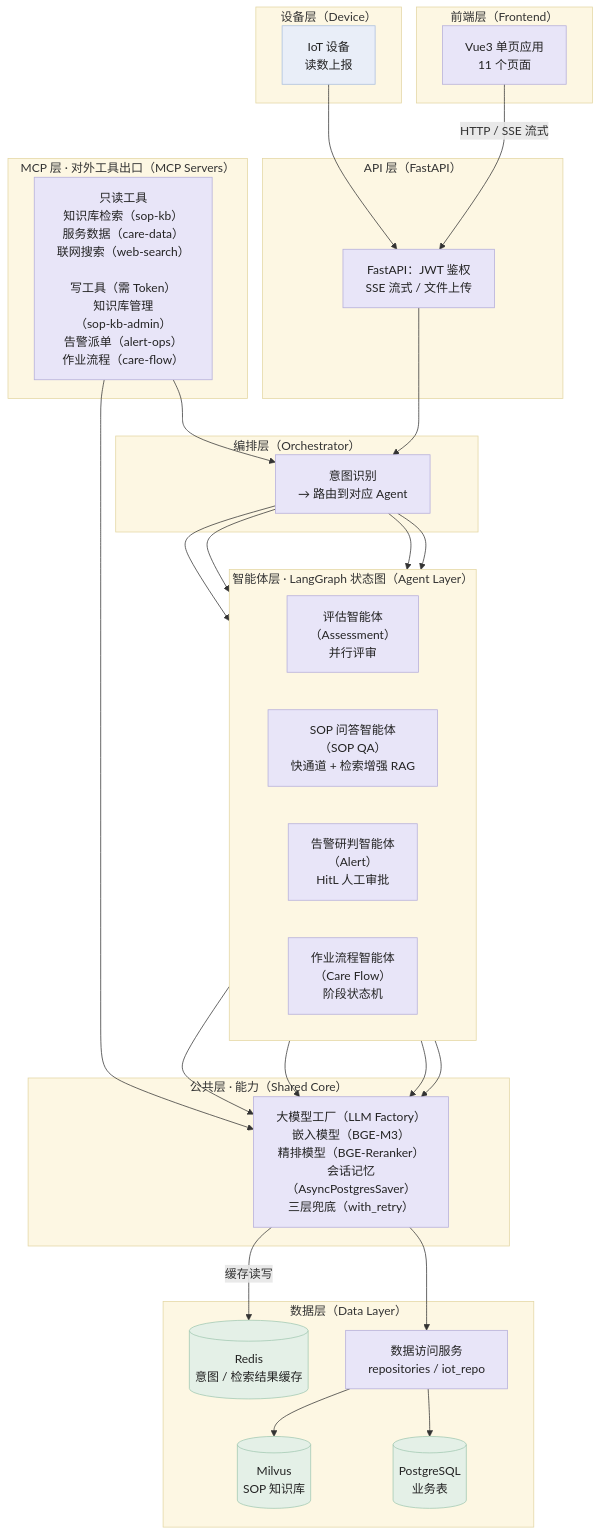
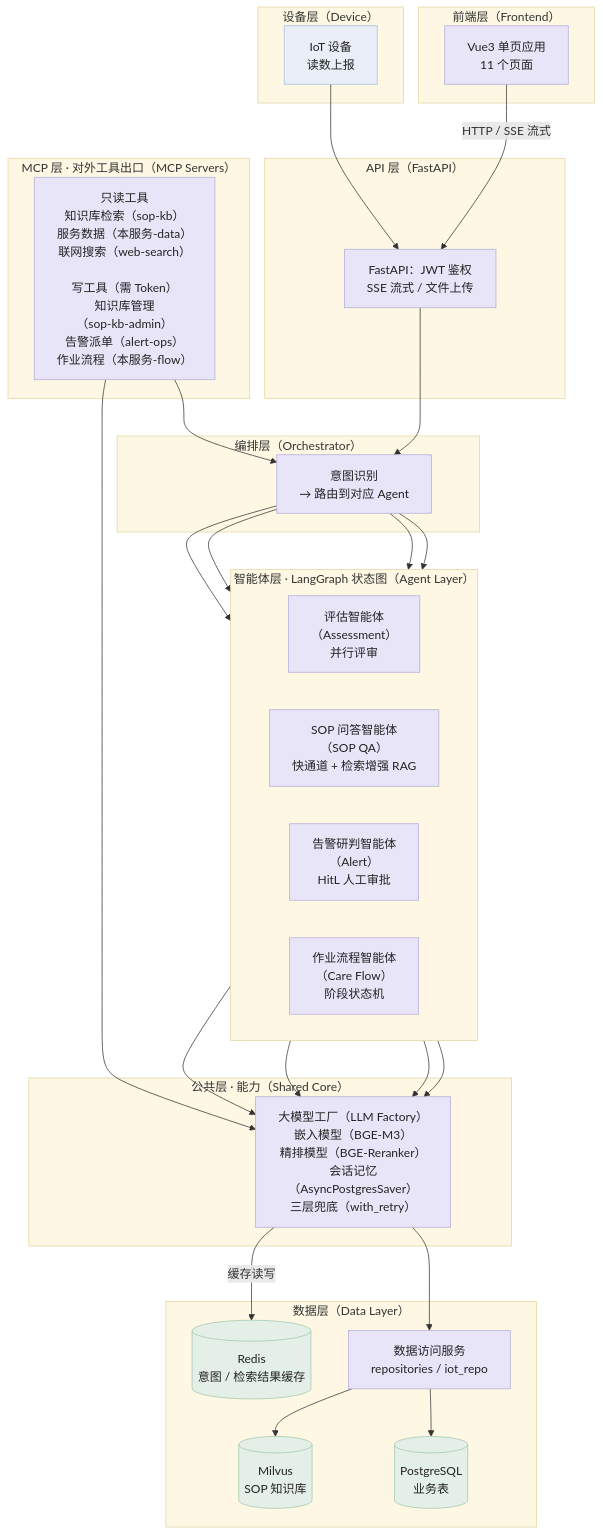
The first of 13 diagrams in 文档/架构流程图.md (sysyan321-alt/fieldops-agent), drawn with Mermaid before and after one commit. The commit also changed other lines of this file and 33 other files, not shown here.

````diff
--- a/文档/架构流程图.md
+++ b/文档/架构流程图.md
@@ -20,74 +20,74 @@
 ```mermaid
 flowchart TD
     subgraph L1["前端层（Frontend）"]
         FE["Vue3 单页应用<br/>11 个页面"]
     end
 
     subgraph L2["设备层（Device）"]
         IOT["IoT 设备<br/>读数上报"]
     end
 
     subgraph L3["API 层（FastAPI）"]
         API["FastAPI：JWT 鉴权<br/>SSE 流式 / 文件上传"]
     end
 
     subgraph L4["MCP 层 · 对外工具出口（MCP Servers）"]
-        MCP["只读工具<br/>知识库检索（sop-kb）<br/>服务数据（care-data）<br/>联网搜索（web-search）<br/><br/>写工具（需 Token）<br/>知识库管理<br/>（sop-kb-admin）<br/>告警派单（alert-ops）<br/>作业流程（care-flow）"]
+        MCP["只读工具<br/>知识库检索（sop-kb）<br/>服务数据（本服务-data）<br/>联网搜索（web-search）<br/><br/>写工具（需 Token）<br/>知识库管理<br/>（sop-kb-admin）<br/>告警派单（alert-ops）<br/>作业流程（本服务-flow）"]
     end
 
     subgraph L5["编排层（Orchestrator）"]
         ORCH["意图识别<br/>→ 路由到对应 Agent"]
     end
 
     subgraph L6["智能体层 · LangGraph 状态图（Agent Layer）"]
         direction LR
         A1["评估智能体<br/>（Assessment）<br/>并行评审"]
         A2["SOP 问答智能体<br/>（SOP QA）<br/>快通道 + 检索增强 RAG"]
         A3["告警研判智能体<br/>（Alert）<br/>HitL 人工审批"]
         A4["作业流程智能体<br/>（Care Flow）<br/>阶段状态机"]
     end
 
     subgraph L7["公共层 · 能力（Shared Core）"]
         CAP["大模型工厂（LLM Factory）<br/>嵌入模型（BGE-M3）<br/>精排模型（BGE-Reranker）<br/>会话记忆（AsyncPostgresSaver）<br/>三层兜底（with_retry）"]
     end
 
     subgraph L8["数据层（Data Layer）"]
         DAO["数据访问服务<br/>repositories / iot_repo"]
         PG[("PostgreSQL<br/>业务表")]
         MV[("Milvus<br/>SOP 知识库")]
         RD[("Redis<br/>意图 / 检索结果缓存")]
     end
 
     FE -->|"HTTP / SSE 流式"| API
     IOT --> API
     API --> ORCH
     MCP --> ORCH
     MCP --> CAP
     ORCH --> A1
     ORCH --> A2
     ORCH --> A3
     ORCH --> A4
     A1 --> CAP
     A2 --> CAP
     A3 --> CAP
     A4 --> CAP
     CAP --> DAO
     CAP -->|"缓存读写"| RD
     DAO --> PG
     DAO --> MV
 
     style L1 fill:#fdf7e3,stroke:#e3d6a3,stroke-width:1px
     style L2 fill:#fdf7e3,stroke:#e3d6a3,stroke-width:1px
     style L3 fill:#fdf7e3,stroke:#e3d6a3,stroke-width:1px
     style L4 fill:#fdf7e3,stroke:#e3d6a3,stroke-width:1px
     style L5 fill:#fdf7e3,stroke:#e3d6a3,stroke-width:1px
     style L6 fill:#fdf7e3,stroke:#e3d6a3,stroke-width:1px
     style L7 fill:#fdf7e3,stroke:#e3d6a3,stroke-width:1px
     style L8 fill:#fdf7e3,stroke:#e3d6a3,stroke-width:1px
     classDef node fill:#e8e5f8,stroke:#b4adda,color:#232323
     classDef store fill:#e4f0e7,stroke:#a2c8b1,color:#232323
     classDef ext fill:#e9eef8,stroke:#a9bede,color:#232323
     class FE,API,MCP,ORCH,A1,A2,A3,A4,CAP,DAO node
     class PG,MV,RD store
     class IOT ext
 ```
````
